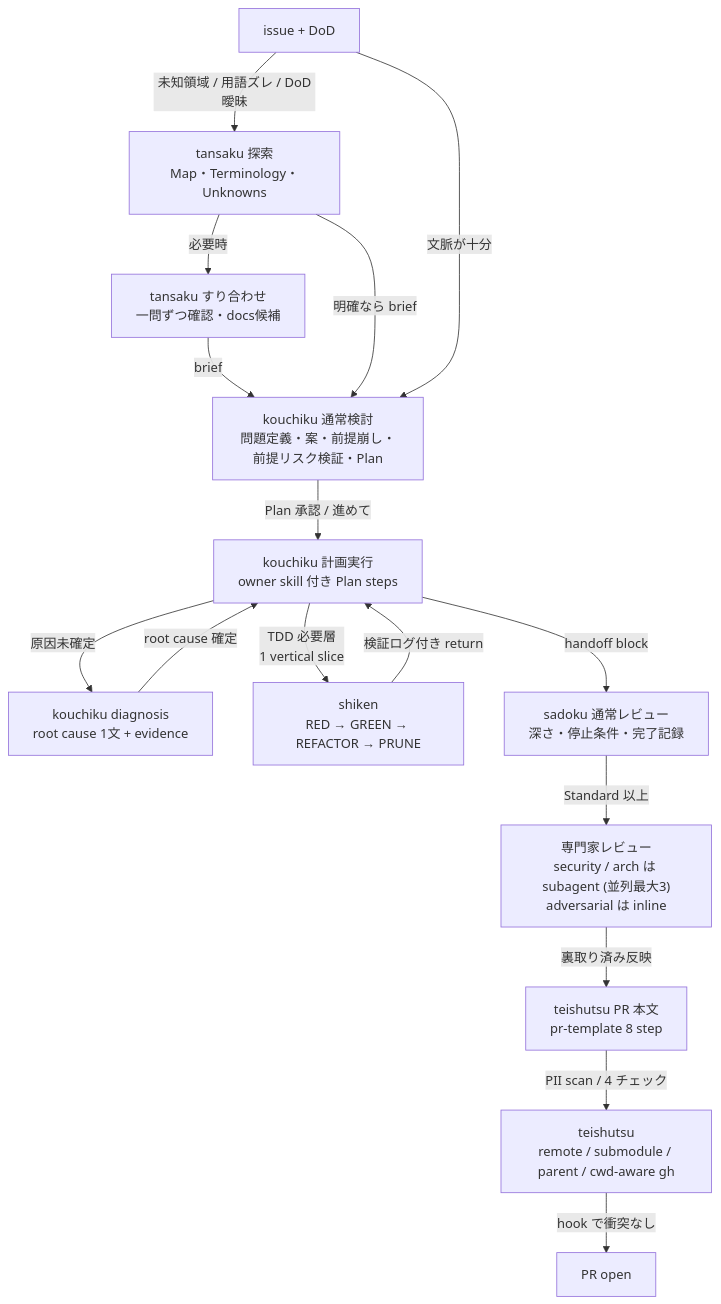
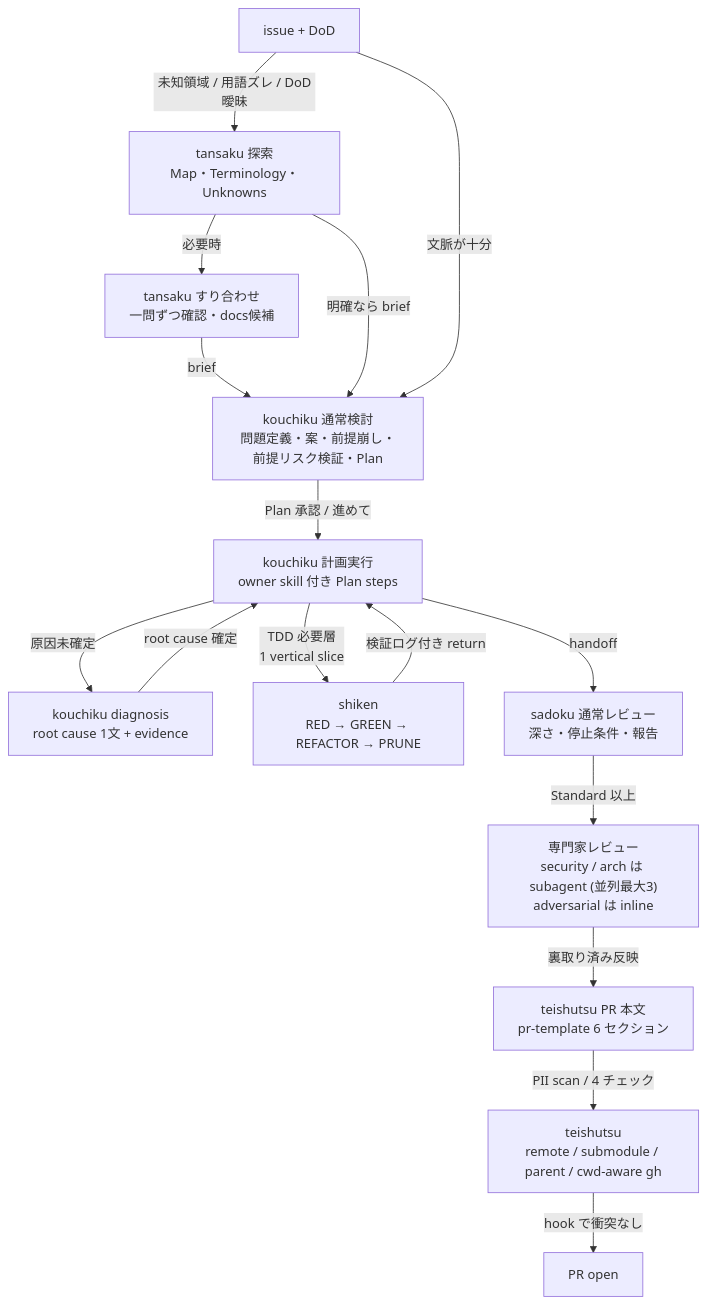
Before and after one commit to hayashiii-ghub/hikizan: the second of 6 diagrams in docs/workflow.md, drawn with Mermaid. The commit also changed other lines of this file and 25 other files, not shown here.

````diff
--- a/docs/workflow.md
+++ b/docs/workflow.md
@@ -70,18 +70,18 @@
 ```mermaid
 flowchart TB
   A["issue + DoD"] -->|"未知領域 / 用語ズレ / DoD曖昧"| A1["tansaku 探索<br/>Map・Terminology・Unknowns"]
   A1 -->|"必要時"| A2["tansaku すり合わせ<br/>一問ずつ確認・docs候補"]
   A2 -->|"brief"| B["kouchiku 通常検討<br/>問題定義・案・前提崩し・前提リスク検証・Plan"]
   A1 -->|"明確なら brief"| B
   A -->|"文脈が十分"| B
   B -->|"Plan 承認 / 進めて"| C["kouchiku 計画実行<br/>owner skill 付き Plan steps"]
   C -->|"原因未確定"| I["kouchiku diagnosis<br/>root cause 1文 + evidence"]
   I -->|"root cause 確定"| C
   C -->|"TDD 必要層<br/>1 vertical slice"| D["shiken<br/>RED → GREEN → REFACTOR → PRUNE"]
   D -->|"検証ログ付き return"| C
-  C -->|"handoff block"| E["sadoku 通常レビュー<br/>深さ・停止条件・完了記録"]
+  C -->|"handoff"| E["sadoku 通常レビュー<br/>深さ・停止条件・報告"]
   E -->|"Standard 以上"| F["専門家レビュー<br/>security / arch は subagent (並列最大3)<br/>adversarial は inline"]
-  F -->|"裏取り済み反映"| G["teishutsu PR 本文<br/>pr-template 8 step"]
+  F -->|"裏取り済み反映"| G["teishutsu PR 本文<br/>pr-template 6 セクション"]
   G -->|"PII scan / 4 チェック"| H["teishutsu<br/>remote / submodule / parent / cwd-aware gh"]
   H -->|"hook で衝突なし"| J["PR open"]
 ```
````
